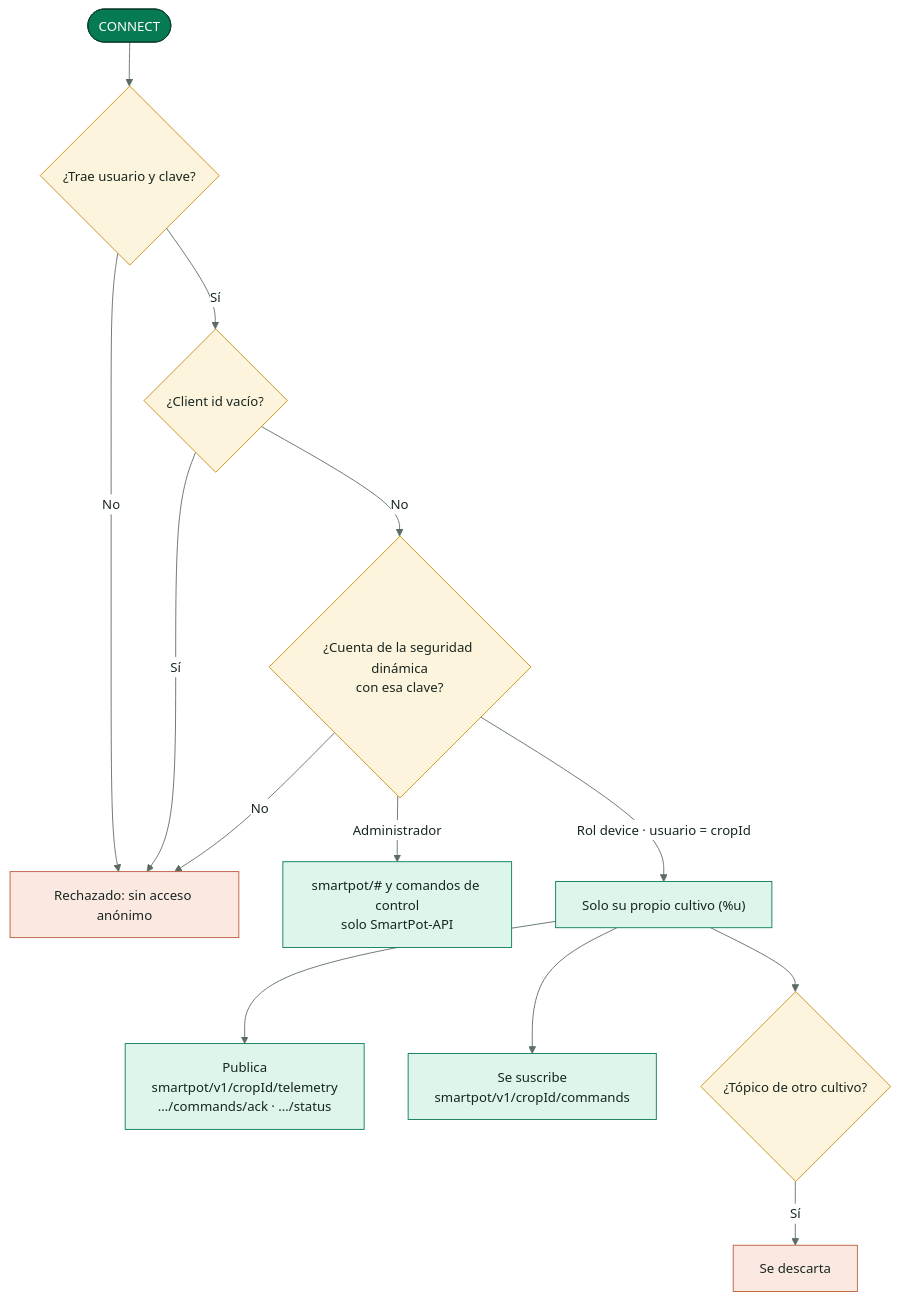
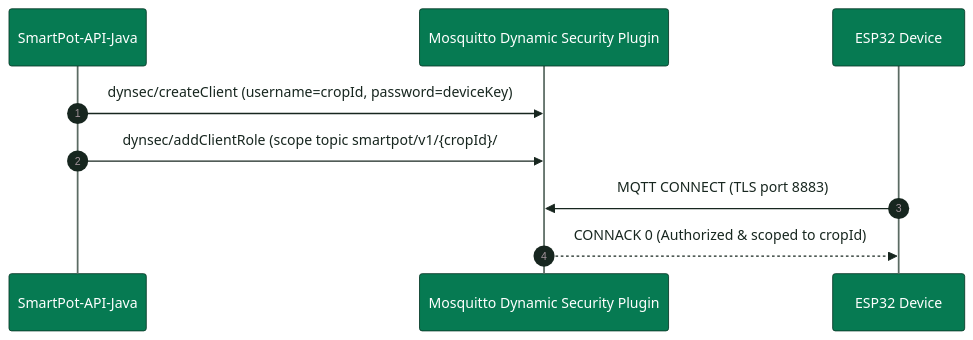
The second of 3 diagrams in docs/SmartPot_Broker_Documentation.md (SmartPotTech/SmartPot-Broker-Mosquito), drawn with Mermaid before and after one commit. The commit also changed other lines of this file and 12 other files, not shown here.

Commit message:
docs(specs): standardize legacy english documentation, notices, diagrams, and manuals

````diff
--- a/docs/SmartPot_Broker_Documentation.md
+++ b/docs/SmartPot_Broker_Documentation.md
@@ -96,27 +76,12 @@
 ```mermaid
 %%{init: {"theme": "base", "fontFamily": "Segoe UI, Arial, sans-serif", "themeVariables": {"fontFamily": "Segoe UI, Arial, sans-serif", "fontSize": "15px", "primaryColor": "#DDF5EA", "primaryTextColor": "#17261F", "primaryBorderColor": "#067A52", "secondaryColor": "#E3F2FB", "secondaryTextColor": "#17261F", "secondaryBorderColor": "#1F6FA0", "tertiaryColor": "#F2F7F4", "tertiaryTextColor": "#17261F", "tertiaryBorderColor": "#D5E3DC", "lineColor": "#5B6B63", "textColor": "#17261F", "mainBkg": "#DDF5EA", "nodeBorder": "#067A52", "clusterBkg": "#F7FAF8", "clusterBorder": "#D5E3DC", "edgeLabelBackground": "#FFFFFF", "actorBkg": "#067A52", "actorBorder": "#0B3D2B", "actorTextColor": "#FFFFFF", "actorLineColor": "#5B6B63", "signalColor": "#17261F", "signalTextColor": "#17261F", "labelBoxBkgColor": "#0B3D2B", "labelBoxBorderColor": "#0B3D2B", "labelTextColor": "#FFFFFF", "loopTextColor": "#0B3D2B", "noteBkgColor": "#FDF4DD", "noteBorderColor": "#C98D12", "noteTextColor": "#17261F", "activationBkgColor": "#DDF5EA", "activationBorderColor": "#067A52", "attributeBackgroundColorOdd": "#FFFFFF", "attributeBackgroundColorEven": "#F2F7F4"}}}%%
-flowchart TB
-  connect(["CONNECT"]) --> anon{"¿Trae usuario y clave?"}
-  anon -->|"No"| reject["Rechazado: sin acceso anónimo"]
-  anon -->|"Sí"| id{"¿Client id vacío?"}
-  id -->|"Sí"| reject
-  id -->|"No"| auth{"¿Cuenta de la seguridad dinámica<br/>con esa clave?"}
-  auth -->|"No"| reject
-  auth -->|"Administrador"| admin["smartpot/# y comandos de control<br/>solo SmartPot-API"]
-  auth -->|"Rol device · usuario = cropId"| device["Solo su propio cultivo (%u)"]
-  device --> pub["Publica<br/>smartpot/v1/cropId/telemetry<br/>…/commands/ack · …/status"]
-  device --> sub["Se suscribe<br/>smartpot/v1/cropId/commands"]
-  device --> other{"¿Tópico de otro cultivo?"}
-  other -->|"Sí"| drop["Se descarta"]
-  classDef leaf fill:#DDF5EA,stroke:#067A52,color:#17261F
-  classDef water fill:#E3F2FB,stroke:#1F6FA0,color:#17261F
-  classDef sun fill:#FDF4DD,stroke:#C98D12,color:#17261F
-  classDef clay fill:#FBE9E1,stroke:#B85A38,color:#17261F
-  classDef core fill:#067A52,stroke:#0B3D2B,color:#FFFFFF
-  classDef deep fill:#0B3D2B,stroke:#06281C,color:#FFFFFF
-  classDef muted fill:#F2F7F4,stroke:#5B6B63,color:#17261F
-  class connect core
-  class anon,id,auth,other sun
-  class reject,drop clay
-  class admin,device,pub,sub leaf
+sequenceDiagram
+  autonumber
+  participant API as SmartPot-API-Java
+  participant M as Mosquitto Dynamic Security Plugin
+  participant D as ESP32 Device
+  API->>M: dynsec/createClient (username=cropId, password=deviceKey)
+  API->>M: dynsec/addClientRole (scope topic smartpot/v1/{cropId}/#)
+  D->>M: MQTT CONNECT (TLS port 8883)
+  M-->>D: CONNACK 0 (Authorized & scoped to cropId)
 ```
````
